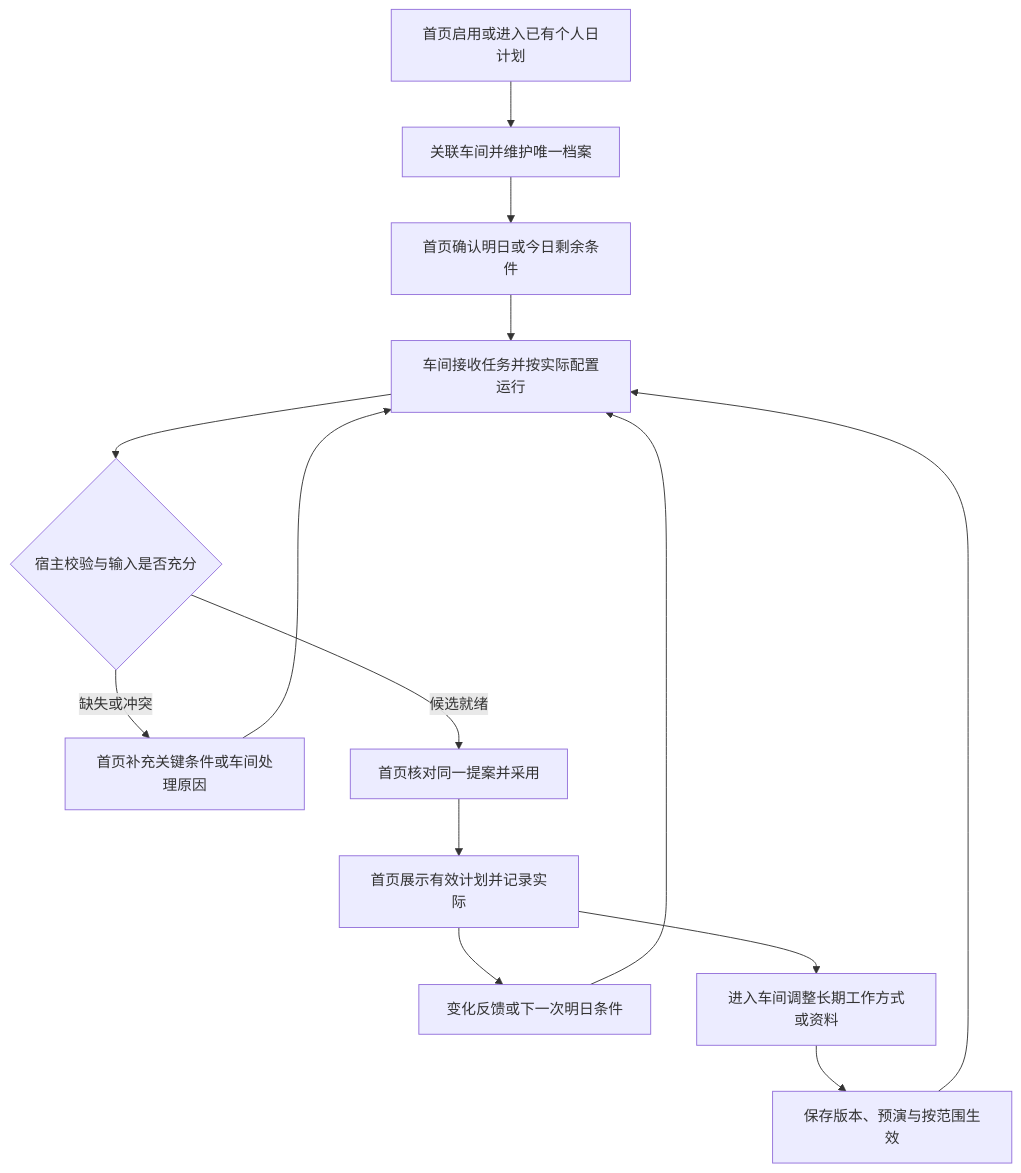
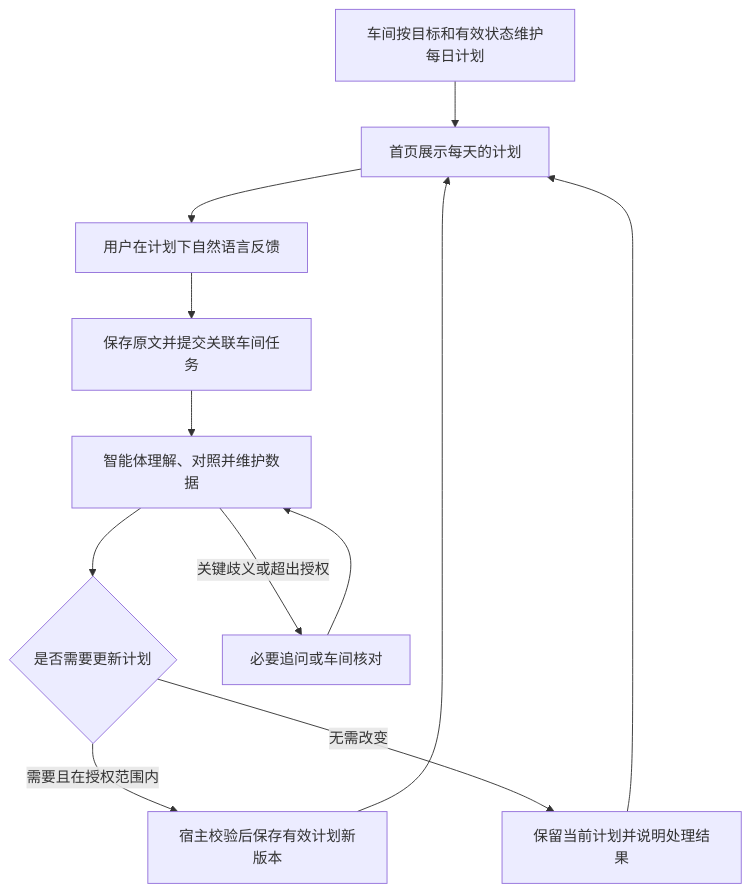
The diagram in docs/architecture/personal-health-agents-plan.md (Jayuanlab/zhiyu), drawn with Mermaid before and after one commit. The commit also changed other lines of this file and 1 other file, not shown here.

````diff
--- a/docs/architecture/personal-health-agents-plan.md
+++ b/docs/architecture/personal-health-agents-plan.md
@@ -123,16 +115,14 @@
 ```mermaid
 flowchart TD
-  A[首页启用或进入已有个人日计划] --> B[关联车间并维护唯一档案]
-  B --> C[首页确认明日或今日剩余条件]
-  C --> D[车间接收任务并按实际配置运行]
-  D --> E{宿主校验与输入是否充分}
-  E -->|缺失或冲突| F[首页补充关键条件或车间处理原因]
-  F --> D
-  E -->|候选就绪| G[首页核对同一提案并采用]
-  G --> H[首页展示有效计划并记录实际]
-  H --> I[变化反馈或下一次明日条件]
-  I --> D
-  H --> J[进入车间调整长期工作方式或资料]
-  J --> K[保存版本、预演与按范围生效]
-  K --> D
+  A[车间按目标和有效状态维护每日计划] --> B[首页展示每天的计划]
+  B --> C[用户在计划下自然语言反馈]
+  C --> D[保存原文并提交关联车间任务]
+  D --> E[智能体理解、对照并维护数据]
+  E --> F{是否需要更新计划}
+  F -->|需要且在授权范围内| G[宿主校验后保存有效计划新版本]
+  F -->|无需改变| H[保留当前计划并说明处理结果]
+  G --> B
+  H --> B
+  E -->|关键歧义或超出授权| I[必要追问或车间核对]
+  I --> E
 ```
````
